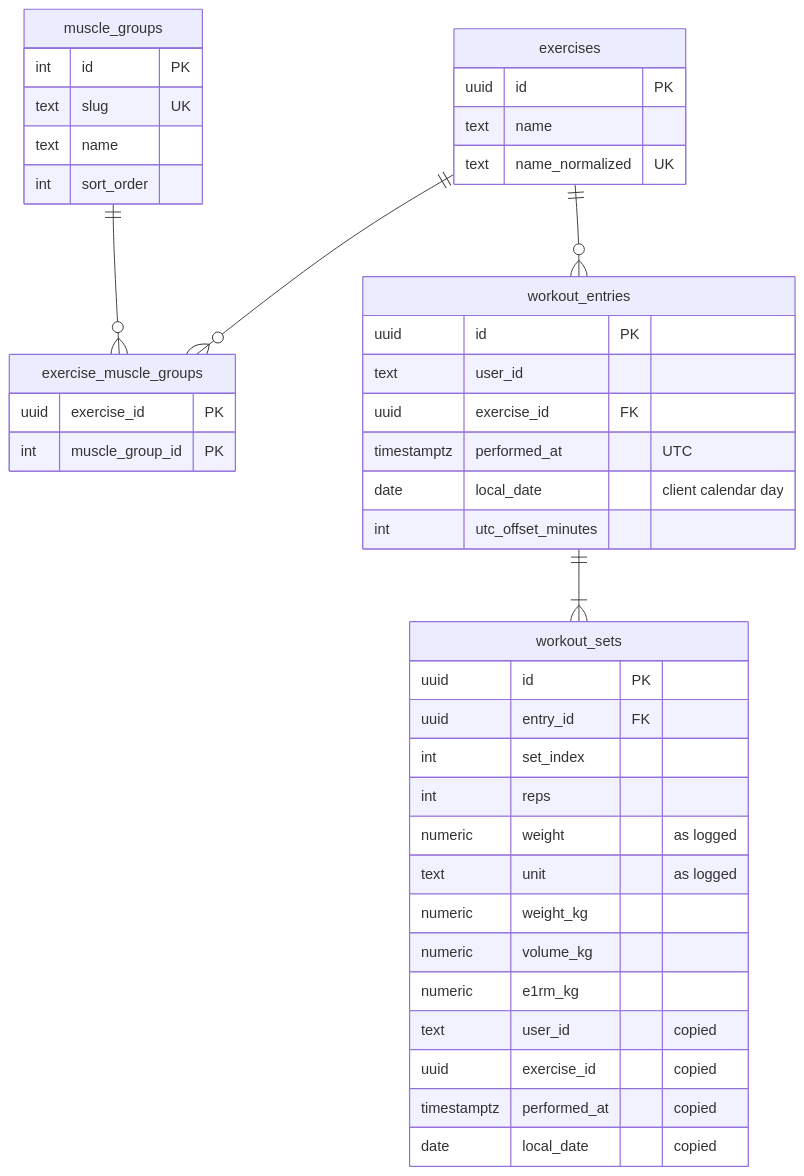
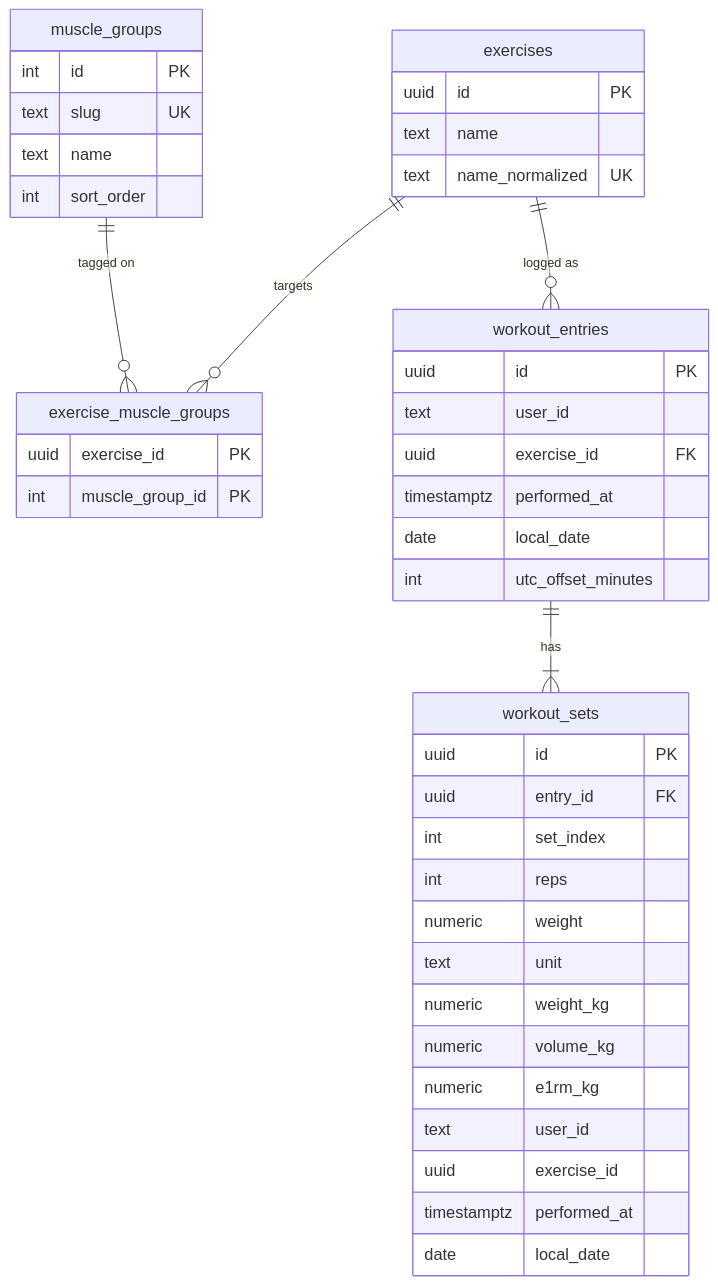
The diagram in README.md (nguyentrigiang/everfit-workout-api), drawn with Mermaid before and after one commit. The commit also changed other lines of this file, not shown here.

Commit message:
Feature: Annotate the README ER diagram
- Label every relationship and add a legend for PK, FK, UK and the natural key
- Drop the per-column notes, which were clipped in the VS Code preview
- Set the diagram font size and family

````diff
--- a/README.md
+++ b/README.md
@@ -114,46 +114,47 @@
 ```mermaid
+%%{init: {'er': {'fontSize': 18}, 'themeVariables': {'fontSize': '18px', 'fontFamily': '-apple-system, BlinkMacSystemFont, Segoe UI, system-ui, Ubuntu, sans-serif'}}}%%
 erDiagram
-  muscle_groups ||--o{ exercise_muscle_groups : ""
-  exercises ||--o{ exercise_muscle_groups : ""
-  exercises ||--o{ workout_entries : ""
-  workout_entries ||--|{ workout_sets : ""
+  muscle_groups ||--o{ exercise_muscle_groups : "tagged on"
+  exercises ||--o{ exercise_muscle_groups : "targets"
+  exercises ||--o{ workout_entries : "logged as"
+  workout_entries ||--|{ workout_sets : "has"
 
   muscle_groups {
     int id PK
     text slug UK
     text name
     int sort_order
   }
   exercises {
     uuid id PK
     text name
     text name_normalized UK
   }
   exercise_muscle_groups {
     uuid exercise_id PK
     int muscle_group_id PK
   }
   workout_entries {
     uuid id PK
     text user_id
     uuid exercise_id FK
-    timestamptz performed_at "UTC"
-    date local_date "client calendar day"
+    timestamptz performed_at
+    date local_date
     int utc_offset_minutes
   }
   workout_sets {
     uuid id PK
     uuid entry_id FK
     int set_index
     int reps
-    numeric weight "as logged"
-    text unit "as logged"
+    numeric weight
+    text unit
     numeric weight_kg
     numeric volume_kg
     numeric e1rm_kg
-    text user_id "copied"
-    uuid exercise_id "copied"
-    timestamptz performed_at "copied"
-    date local_date "copied"
+    text user_id
+    uuid exercise_id
+    timestamptz performed_at
+    date local_date
   }
 ```
````
